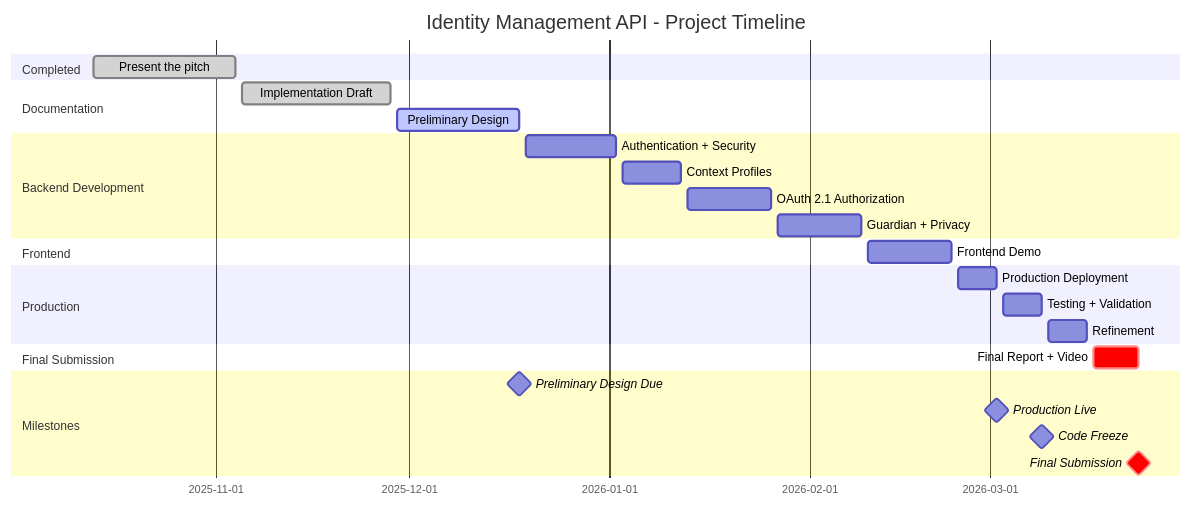
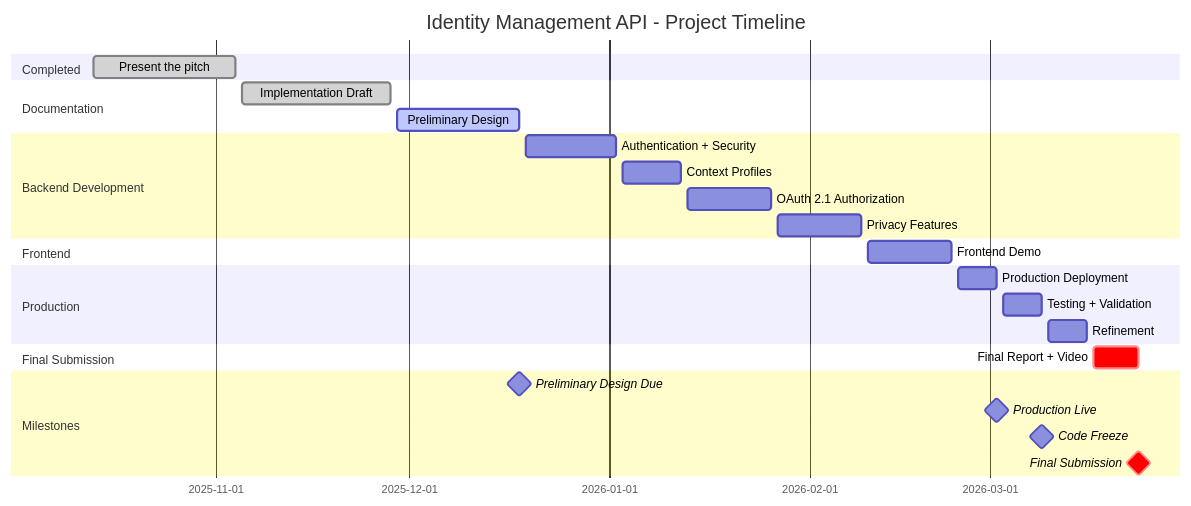
Before and after one commit to mastrolinux/final-project: the second of 3 diagrams in preliminary-report.qmd, drawn with Mermaid. The commit also changed other lines of this file and 22 other files, not shown here.

````diff
--- a/preliminary-report.qmd
+++ b/preliminary-report.qmd
@@ -291,38 +283,38 @@
 ```{mermaid}
 %%| label: fig-timeline
 %%| fig-cap: "Project timeline showing 8 development phases"
 %%| fig-width: 7
 gantt
     title Identity Management API - Project Timeline
     dateFormat YYYY-MM-DD
     
     section Completed
     Present the pitch           :done, pitch, 2025-10-13, 2025-11-04
     
     section Documentation
     Implementation Draft        :done, impl, 2025-11-05, 2025-11-28
     Preliminary Design          :active, prelim, 2025-11-29, 2025-12-18
     
     section Backend Development
     Authentication + Security   :phase1, 2025-12-19, 2026-01-02
     Context Profiles            :phase2, 2026-01-03, 2026-01-12
     OAuth 2.1 Authorization     :phase3, 2026-01-13, 2026-01-26
-    Guardian + Privacy          :phase4, 2026-01-27, 2026-02-09
+    Privacy Features            :phase4, 2026-01-27, 2026-02-09
     
     section Frontend
     Frontend Demo               :phase5, 2026-02-10, 2026-02-23
     
     section Production
     Production Deployment       :phase6, 2026-02-24, 2026-03-02
     Testing + Validation        :phase7, 2026-03-03, 2026-03-09
     Refinement                  :phase8, 2026-03-10, 2026-03-16
     
     section Final Submission
     Final Report + Video        :crit, phase9, 2026-03-17, 2026-03-24
     
     section Milestones
     Preliminary Design Due      :milestone, m1, 2025-12-18, 0d
     Production Live             :milestone, m2, 2026-03-02, 0d
     Code Freeze                 :milestone, m3, 2026-03-09, 0d
     Final Submission            :crit, milestone, m4, 2026-03-24, 0d
 ```
````
